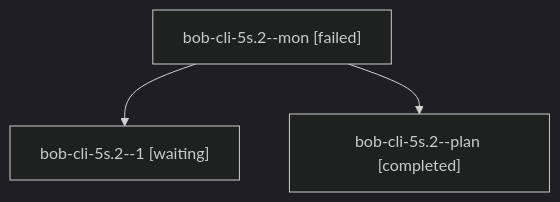
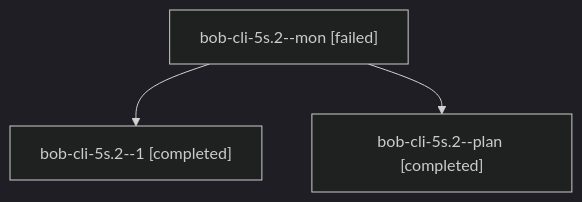
The diagram in sessions/bbugyi200.apollo.bob-cli-5s.2.md (bobs-org/bob-cli--agents), drawn with Mermaid (dark theme) before and after one commit. The commit also changed other lines of this file and 25 other files, not shown here.

````diff
--- a/sessions/bbugyi200.apollo.bob-cli-5s.2.md
+++ b/sessions/bbugyi200.apollo.bob-cli-5s.2.md
@@ -9,8 +9,8 @@
 ```mermaid
 flowchart TD
   n0["bob-cli-5s.2--mon [failed]"]
-  n1["bob-cli-5s.2--1 [waiting]"]
+  n1["bob-cli-5s.2--1 [completed]"]
   n0 --> n1
   n2["bob-cli-5s.2--plan [completed]"]
   n0 --> n2
 ```
````
